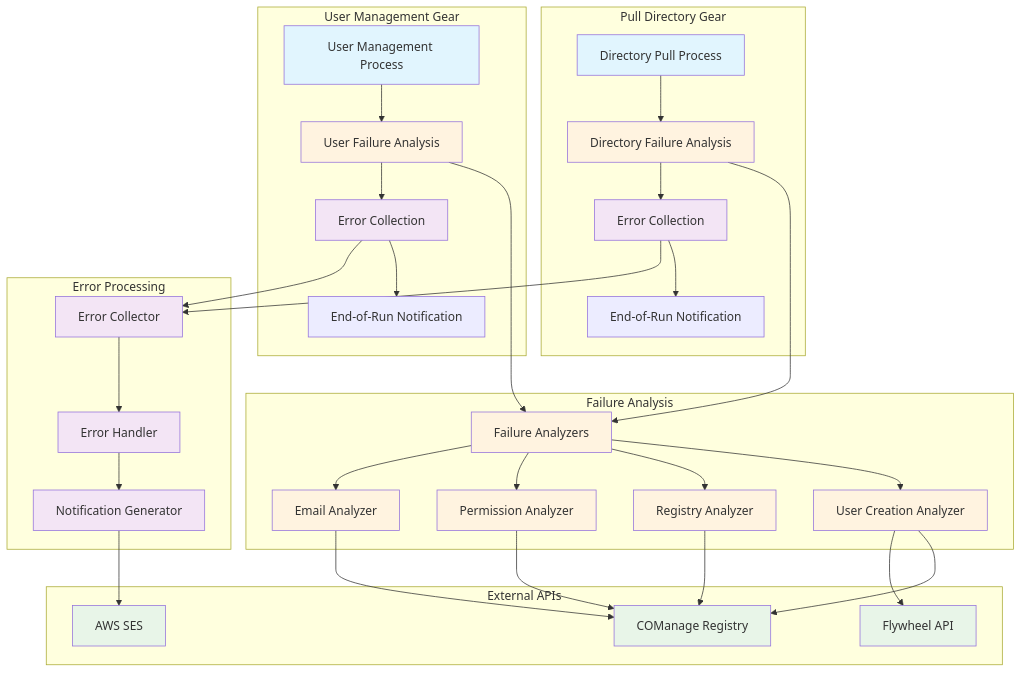
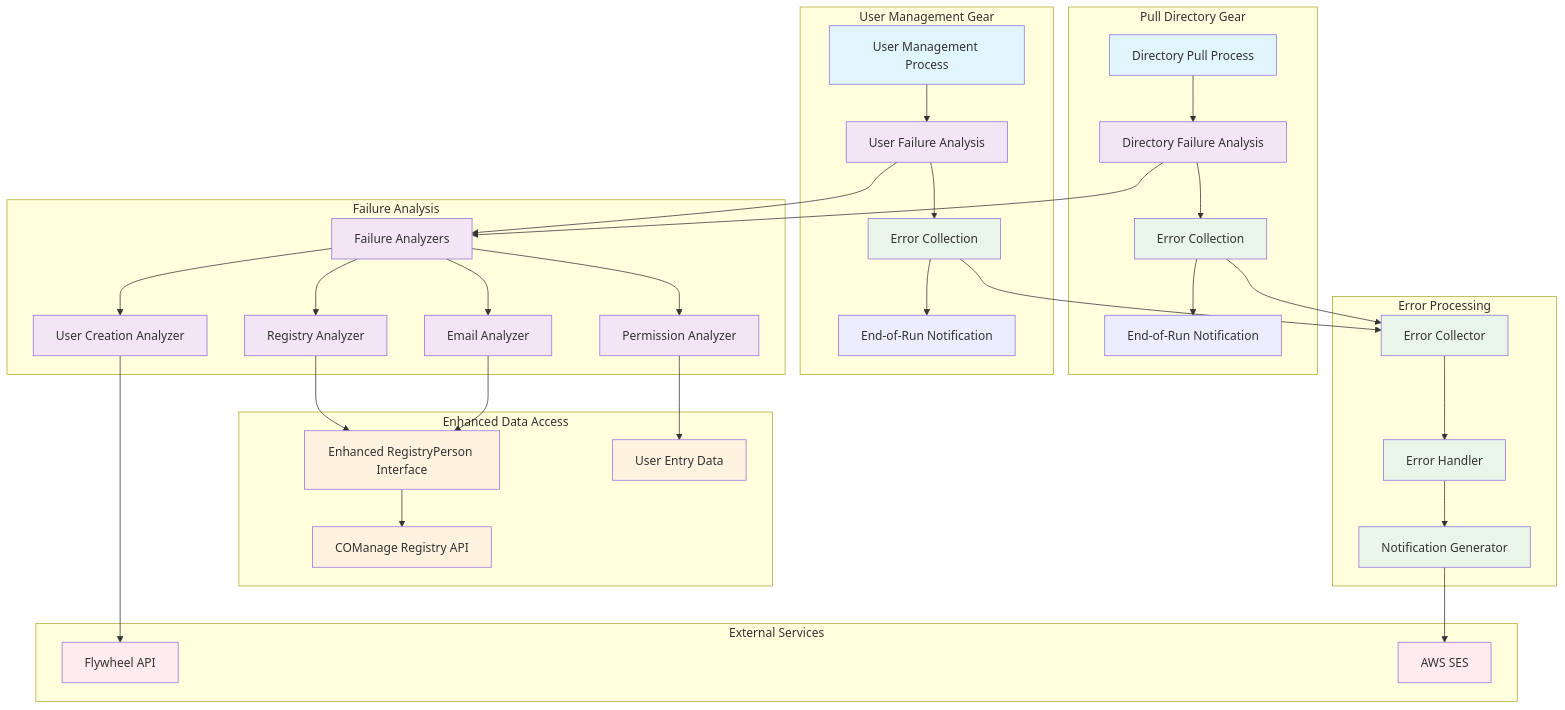
The diagram in .kiro/specs/automated-error-handling/design.md (naccdata/flywheel-gear-extensions), drawn with Mermaid before and after one commit. The commit also changed other lines of this file and 2 other files, not shown here.

````diff
--- a/.kiro/specs/automated-error-handling/design.md
+++ b/.kiro/specs/automated-error-handling/design.md
@@ -18,74 +18,82 @@
 ```mermaid
 graph TB
     subgraph "Pull Directory Gear"
         PDG[Directory Pull Process]
         PDA[Directory Failure Analysis]
         PDC[Error Collection]
         PDN[End-of-Run Notification]
     end
     
     subgraph "User Management Gear"
         UMG[User Management Process]
         UMA[User Failure Analysis]
         UMC[Error Collection]
         UMN[End-of-Run Notification]
     end
     
+    subgraph "Enhanced Data Access"
+        RP[Enhanced RegistryPerson Interface]
+        UE[User Entry Data]
+        CM[COManage Registry API]
+    end
+    
     subgraph "Failure Analysis"
         FA[Failure Analyzers]
         UC[User Creation Analyzer]
         RA[Registry Analyzer]
+        EA[Email Analyzer]
         PA[Permission Analyzer]
-        EA[Email Analyzer]
     end
     
     subgraph "Error Processing"
         EC[Error Collector]
         EH[Error Handler]
         NG[Notification Generator]
     end
     
-    subgraph "External APIs"
-        CM[COManage Registry]
+    subgraph "External Services"
         FW[Flywheel API]
         SES[AWS SES]
     end
     
     PDG --> PDA
     PDA --> FA
     PDA --> PDC
     PDC --> PDN
     
     UMG --> UMA
     UMA --> FA
     UMA --> UMC
     UMC --> UMN
     
     FA --> UC
     FA --> RA
+    FA --> EA
     FA --> PA
-    FA --> EA
     
-    UC --> CM
     UC --> FW
-    RA --> CM
-    PA --> CM
-    EA --> CM
+    RA --> RP
+    EA --> RP
+    PA --> UE
+    
+    RP --> CM
     
     PDC --> EC
     UMC --> EC
     EC --> EH
     EH --> NG
     
     NG --> SES
     
     classDef gear fill:#e1f5fe
-    classDef analysis fill:#fff3e0
-    classDef process fill:#f3e5f5
-    classDef existing fill:#e8f5e8
+    classDef data fill:#fff3e0
+    classDef analysis fill:#f3e5f5
+    classDef process fill:#e8f5e8
+    classDef external fill:#ffebee
     
     class PDG,UMG gear
-    class PDA,UMA,FA,UC,RA,PA,EA analysis
+    class RP,UE,CM data
+    class PDA,UMA,FA,UC,RA,EA,PA analysis
     class PDC,UMC,EC,EH,NG process
-    class CM,FW,SES existing
+    class FW,SES external
 ```
````
